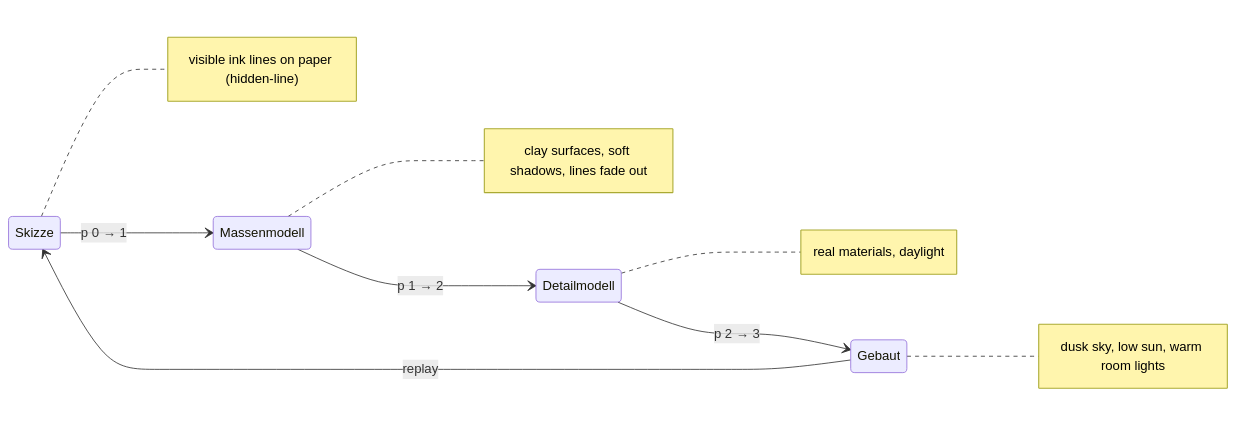
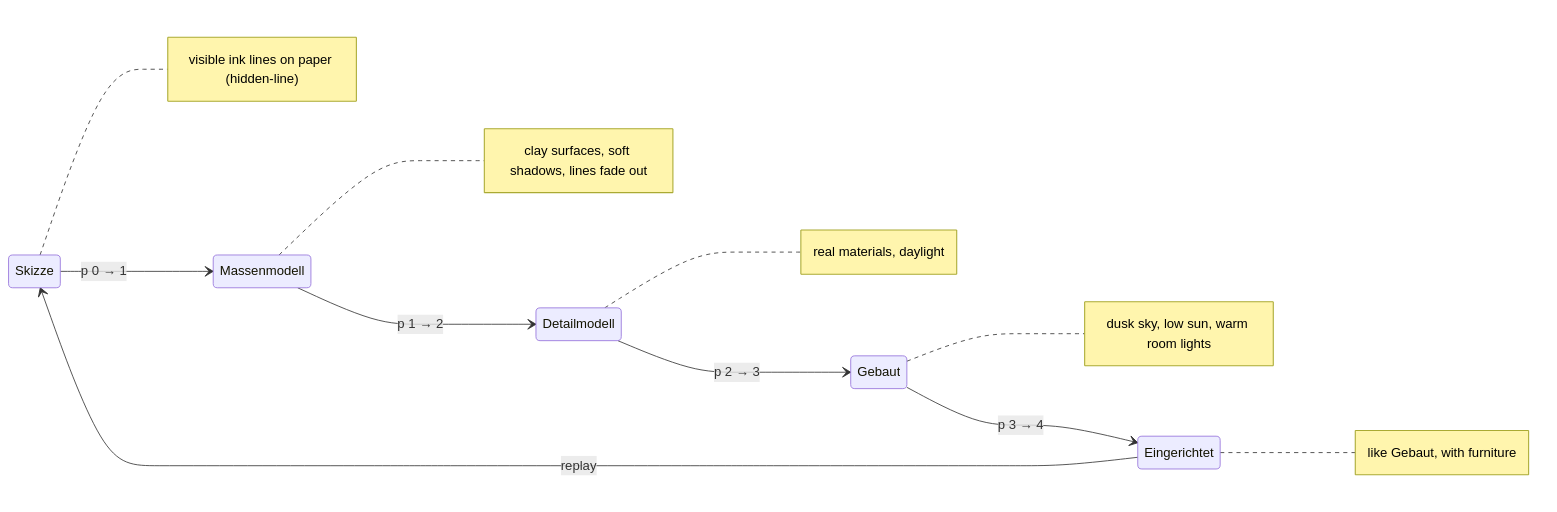
One commit to tillg/frechen_blender changed the third of 4 diagrams in specs/system/domain.md. Above: the diagram before and after it, drawn with Mermaid. The commit also changed other lines of this file and 16 other files, not shown here.

First line of the commit message:
Furniture after the new plans; viewer stage "Eingerichtet"

````diff
--- a/specs/system/domain.md
+++ b/specs/system/domain.md
@@ -110,12 +110,14 @@
 ```mermaid
 stateDiagram-v2
     direction LR
     Skizze --> Massenmodell: p 0 → 1
     Massenmodell --> Detailmodell: p 1 → 2
     Detailmodell --> Gebaut: p 2 → 3
-    Gebaut --> Skizze: replay
+    Gebaut --> Eingerichtet: p 3 → 4
+    Eingerichtet --> Skizze: replay
     note right of Skizze: visible ink lines on paper (hidden-line)
     note right of Massenmodell: clay surfaces, soft shadows, lines fade out
     note right of Detailmodell: real materials, daylight
     note right of Gebaut: dusk sky, low sun, warm room lights
+    note right of Eingerichtet: like Gebaut, with furniture
 ```
````
